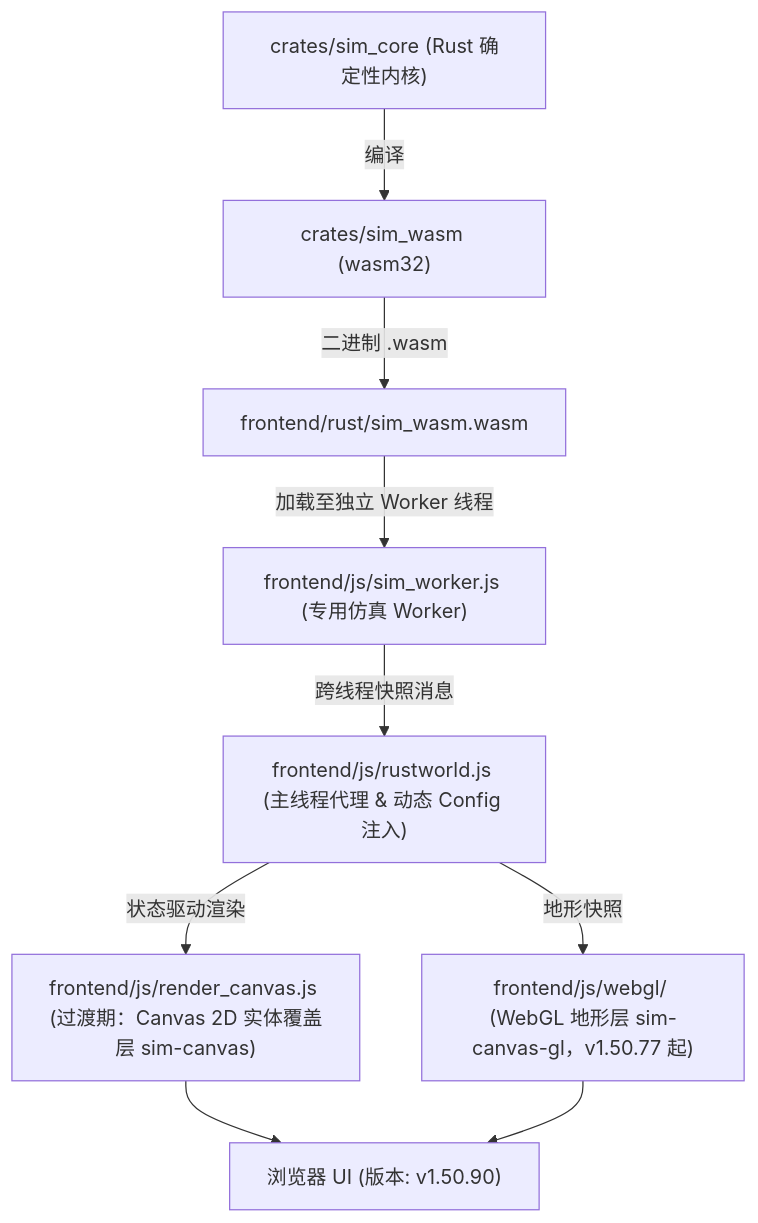
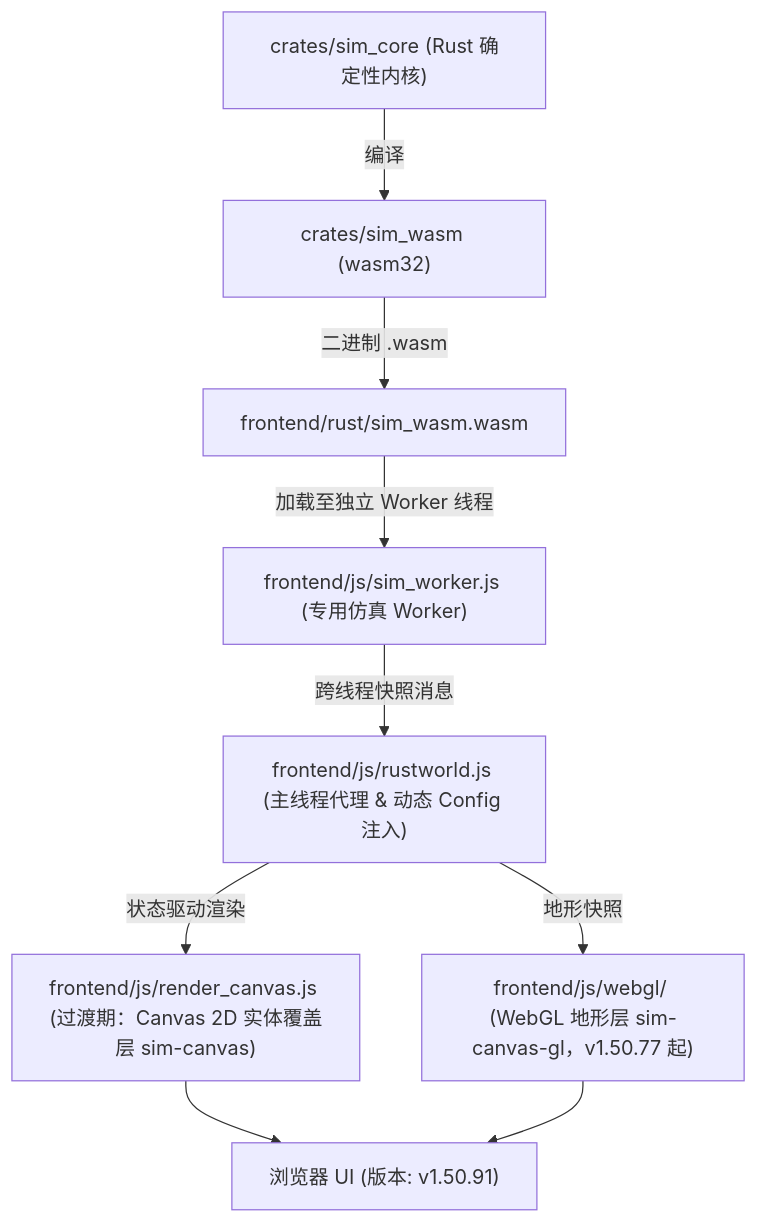
The diagram in AGENTS.md (g39088902/FlowAndAccord), drawn with Mermaid before and after one commit. The commit also changed other lines of this file and 11 other files, not shown here.

````diff
--- a/AGENTS.md
+++ b/AGENTS.md
@@ -62,12 +62,12 @@
 ```mermaid
 graph TD
     A["crates/sim_core (Rust 确定性内核)"] -->|编译| B["crates/sim_wasm (wasm32)"]
     B -->|二进制 .wasm| C["frontend/rust/sim_wasm.wasm"]
     C -->|加载至独立 Worker 线程| D["frontend/js/sim_worker.js (专用仿真 Worker)"]
     D -->|跨线程快照消息| E["frontend/js/rustworld.js (主线程代理 & 动态 Config 注入)"]
     E -->|状态驱动渲染| F["frontend/js/render_canvas.js (过渡期：Canvas 2D 实体覆盖层 sim-canvas)"]
     E -->|地形快照| F2["frontend/js/webgl/ (WebGL 地形层 sim-canvas-gl，v1.50.77 起)"]
-    F --> G["浏览器 UI (版本: v1.50.90)"]
+    F --> G["浏览器 UI (版本: v1.50.91)"]
     F2 --> G
 
 ```
````
